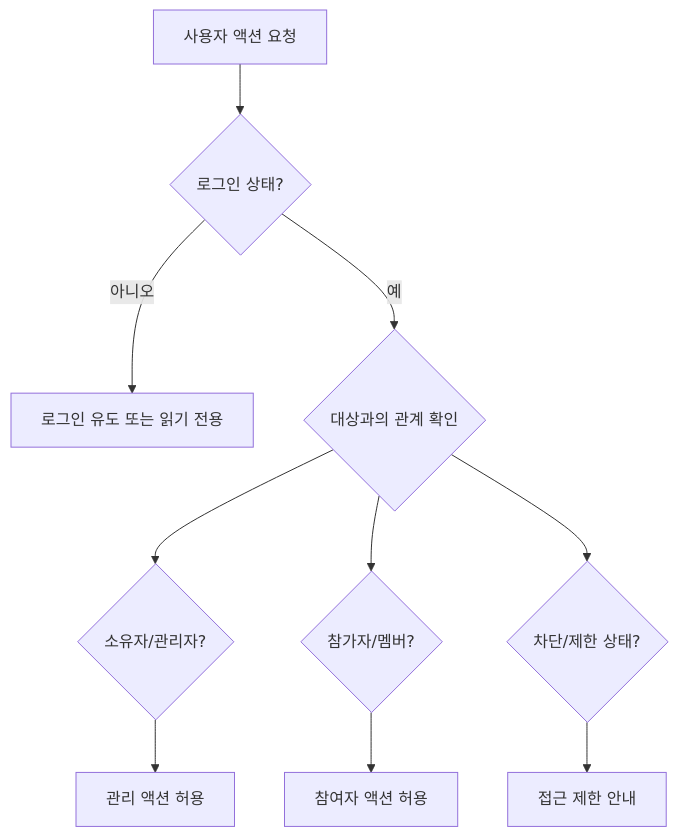
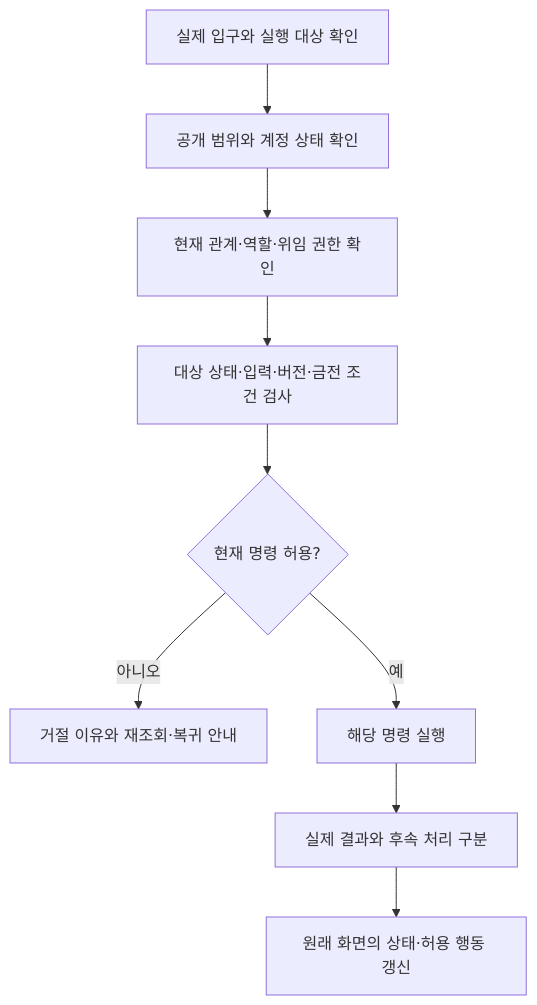
Before and after one commit to endside82/business_logic: the diagram in prd/00_prd_items/07_role_action_matrix.md, drawn with Mermaid. The commit also changed other lines of this file and 2 other files, not shown here.

````diff
--- a/prd/00_prd_items/07_role_action_matrix.md
+++ b/prd/00_prd_items/07_role_action_matrix.md
@@ -183,12 +30,11 @@
 ```mermaid
 flowchart TD
-    A["사용자 액션 요청"] --> B{"로그인 상태?"}
-    B -->|"아니오"| C["로그인 유도 또는 읽기 전용"]
-    B -->|"예"| D{"대상과의 관계 확인"}
-    D --> E{"소유자/관리자?"}
-    D --> F{"참가자/멤버?"}
-    D --> G{"차단/제한 상태?"}
-    E --> H["관리 액션 허용"]
-    F --> I["참여자 액션 허용"]
-    G --> J["접근 제한 안내"]
+    A["실제 입구와 실행 대상 확인"] --> B["공개 범위와 계정 상태 확인"]
+    B --> C["현재 관계·역할·위임 권한 확인"]
+    C --> D["대상 상태·입력·버전·금전 조건 검사"]
+    D --> E{"현재 명령 허용?"}
+    E -->|"아니오"| F["거절 이유와 재조회·복귀 안내"]
+    E -->|"예"| G["해당 명령 실행"]
+    G --> H["실제 결과와 후속 처리 구분"]
+    H --> I["원래 화면의 상태·허용 행동 갱신"]
 ```
````
